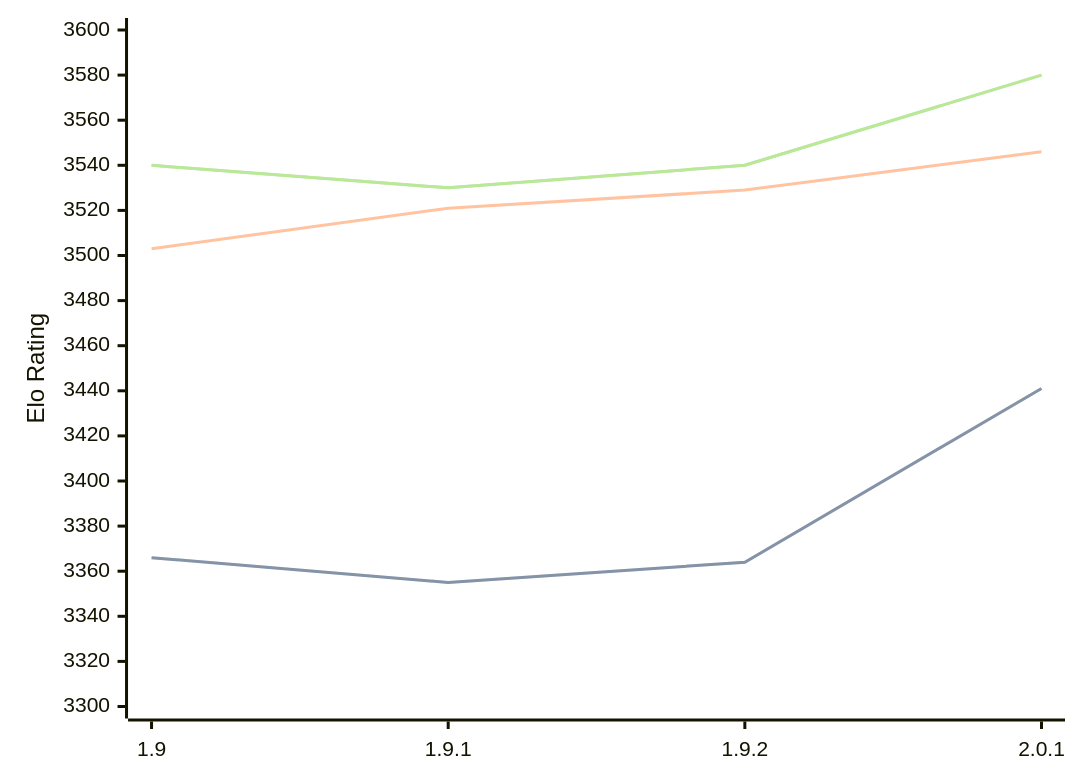
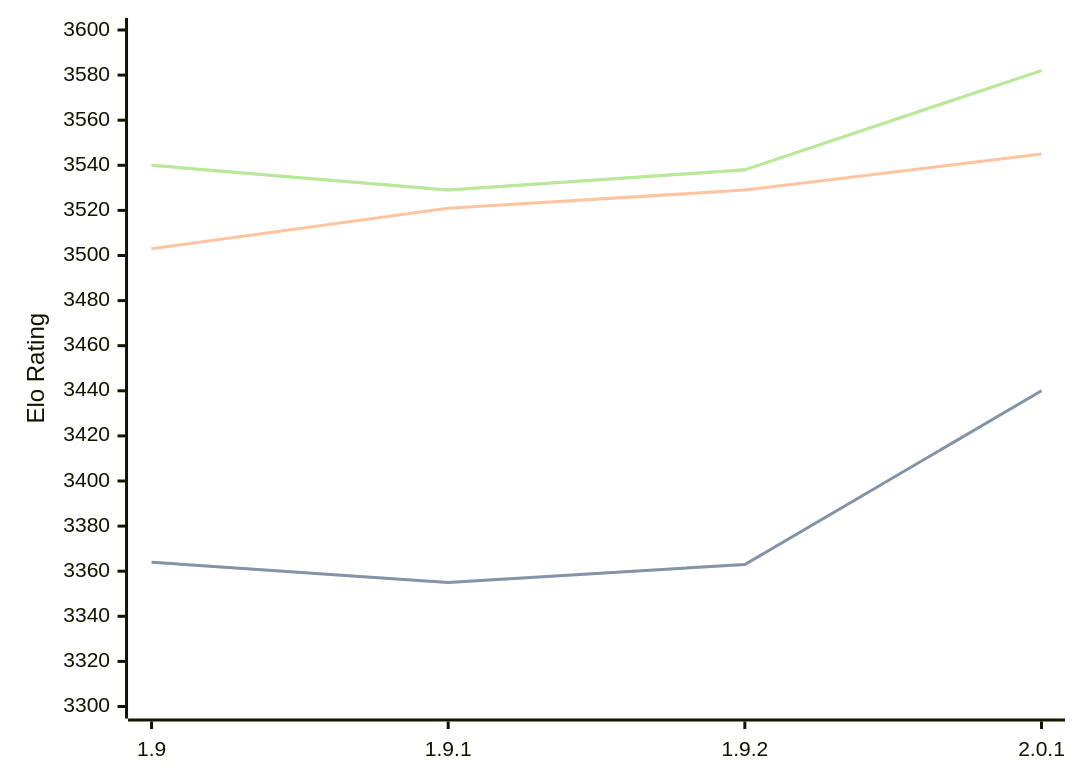
One commit to computer-chess-index/cci changed the diagram in engines/Pawnocchio.md. Above: the diagram before and after it, drawn with Mermaid. The commit also changed other lines of this file, not shown here.

Commit message:
Update CCI Ratings (ELO VLTC) - 2026-07-27

````diff
--- a/engines/Pawnocchio.md
+++ b/engines/Pawnocchio.md
@@ -50,11 +50,11 @@
 ```mermaid
 %%{init: {"theme":"base","themeVariables":{"seriesColors:['#a3a3a3','#222221','#faa371']}}}%%
 xychart-beta
   x-axis ["1.9", "1.9.1", "1.9.2", "2.0.1"]
   y-axis "Elo Rating" 3300 --> 3600
-  line "STC (8.0+0.08s)" [3366, 3355, 3364, 3441]
-  line "STC (8.0+0.08s)" [3366, 3355, 3364, 3441]
-  line "LTC (60.0+0.60s)" [3503, 3521, 3529, 3546]
-  line "VLTC (2m24s+1.12s)" [3540, 3530, 3540, 3580]
-  line "VLTC (2m24s+1.12s)" [3540, 3530, 3540, 3580]
+  line "STC (8.0+0.08s)" [3364, 3355, 3363, 3440]
+  line "STC (8.0+0.08s)" [3364, 3355, 3363, 3440]
+  line "LTC (60.0+0.60s)" [3503, 3521, 3529, 3545]
+  line "VLTC (2m24s+1.12s)" [3540, 3529, 3538, 3582]
+  line "VLTC (2m24s+1.12s)" [3540, 3529, 3538, 3582]
 ```
````
